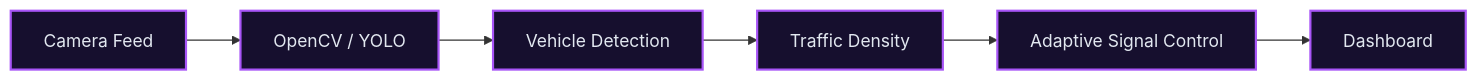
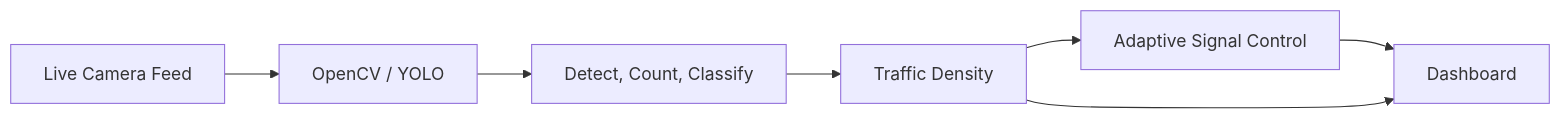
Before and after one commit to 03-sakshi/03-sakshi: the sixth of 9 diagrams in README.md, drawn with Mermaid. The commit also changed other lines of this file, not shown here.

````diff
--- a/README.md
+++ b/README.md
@@ -340,10 +146,9 @@
 ```mermaid
 flowchart LR
-    A["Camera Feed"] --> B["OpenCV / YOLO"]
-    B --> C["Vehicle Detection"]
+    A["Live Camera Feed"] --> B["OpenCV / YOLO"]
+    B --> C["Detect, Count, Classify"]
     C --> D["Traffic Density"]
     D --> E["Adaptive Signal Control"]
     E --> F["Dashboard"]
-    classDef n fill:#160f2e,stroke:#a855f7,stroke-width:2px,color:#e2e8f0;
-    class A,B,C,D,E,F n;
+    D --> F
 ```
````
